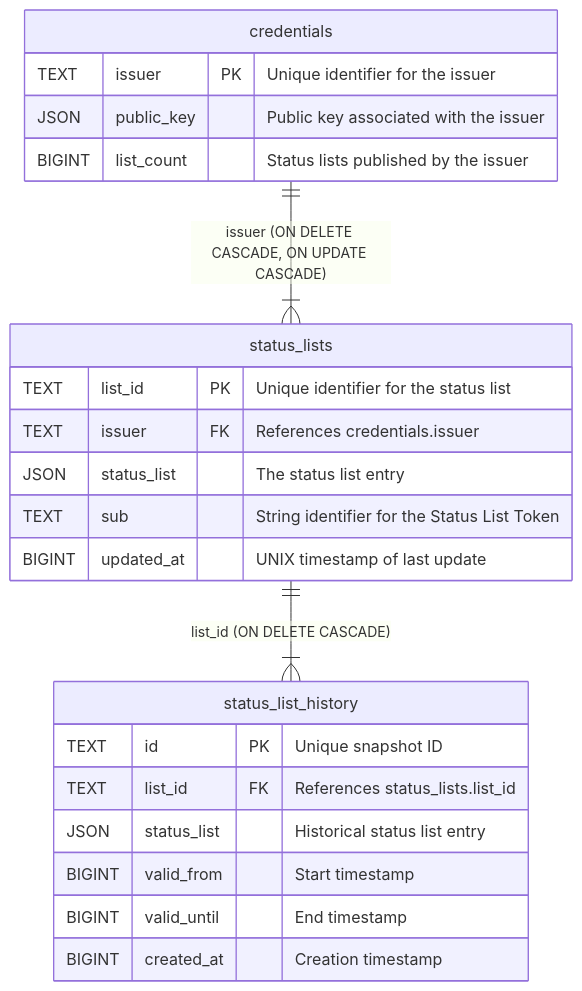
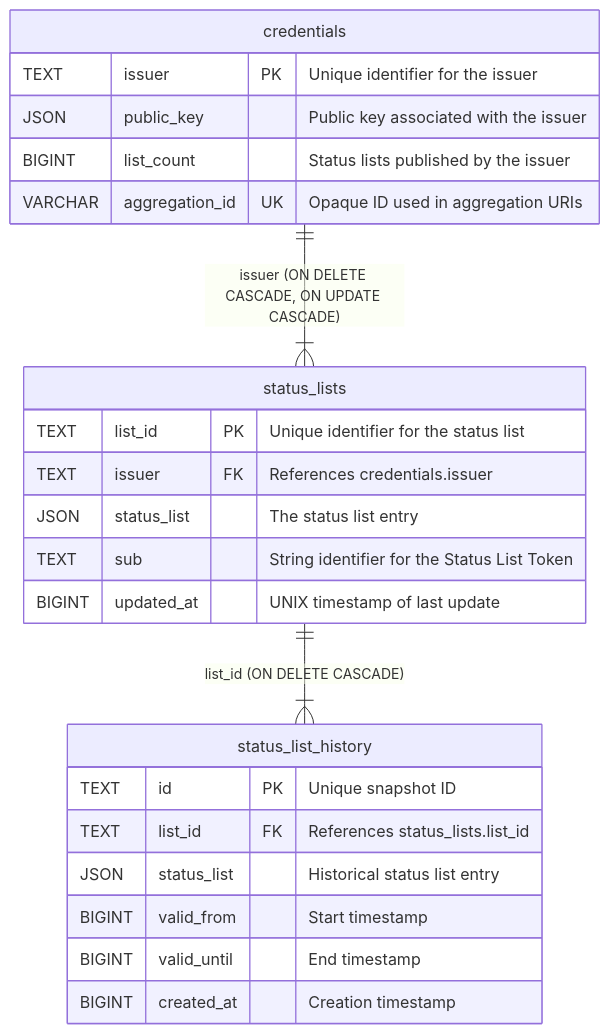
Before and after one commit to adorsys/status-list-server: the diagram in src/outbound/sql/README.md, drawn with Mermaid. The commit also changed other lines of this file and 15 other files, not shown here.

````diff
--- a/src/outbound/sql/README.md
+++ b/src/outbound/sql/README.md
@@ -87,25 +107,26 @@
 ```mermaid
 erDiagram
     credentials {
         TEXT issuer PK "Unique identifier for the issuer"
         JSON public_key "Public key associated with the issuer"
         BIGINT list_count "Status lists published by the issuer"
+        VARCHAR aggregation_id UK "Opaque ID used in aggregation URIs"
     }
     status_lists {
         TEXT list_id PK "Unique identifier for the status list"
         TEXT issuer FK "References credentials.issuer"
         JSON status_list "The status list entry"
         TEXT sub "String identifier for the Status List Token"
         BIGINT updated_at "UNIX timestamp of last update"
     }
     status_list_history {
         TEXT id PK "Unique snapshot ID"
         TEXT list_id FK "References status_lists.list_id"
         JSON status_list "Historical status list entry"
         BIGINT valid_from "Start timestamp"
         BIGINT valid_until "End timestamp"
         BIGINT created_at "Creation timestamp"
     }
     credentials ||--|{ status_lists : "issuer (ON DELETE CASCADE, ON UPDATE CASCADE)"
     status_lists ||--|{ status_list_history : "list_id (ON DELETE CASCADE)"
 ```
````
